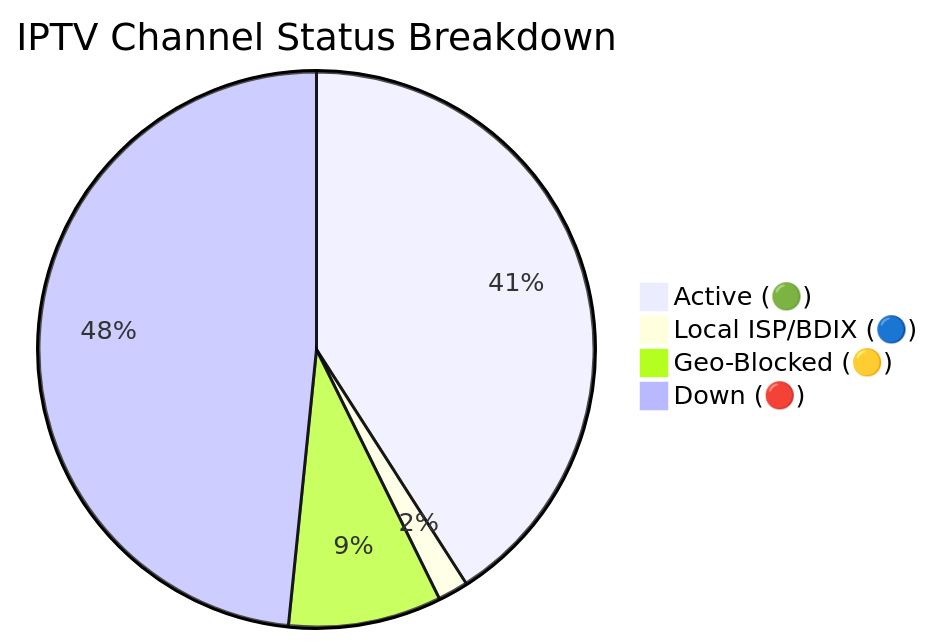
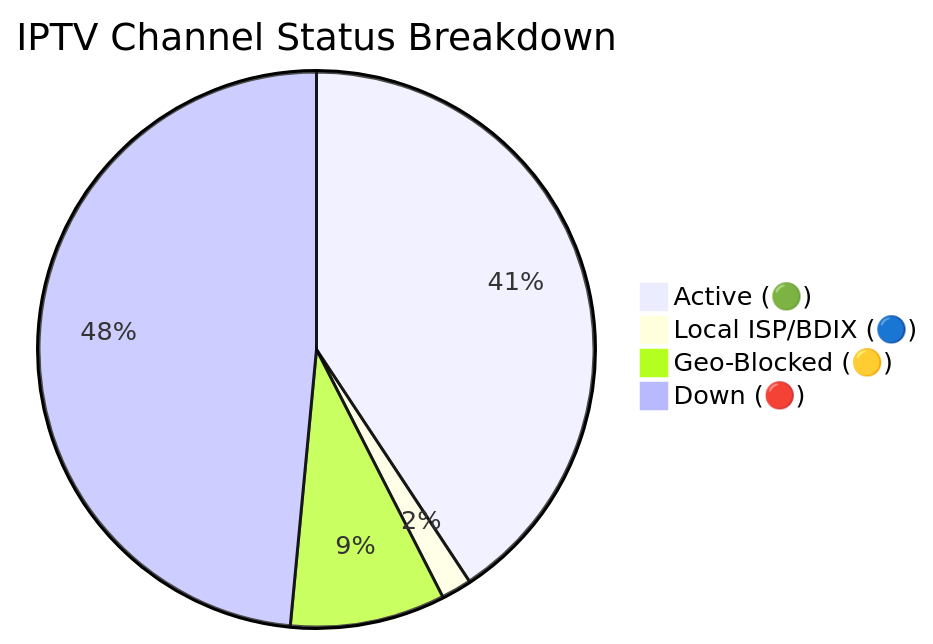
One commit to andreataylord/Ip-tv-Collection changed the diagram in README.md. Above: the diagram before and after it, drawn with Mermaid. The commit also changed other lines of this file and 1 other file, not shown here.

Commit message:
docs(readme): auto-update daily channel status chart

````diff
--- a/README.md
+++ b/README.md
@@ -59,7 +59,7 @@
 ```mermaid
 pie title IPTV Channel Status Breakdown
-    "Active (🟢)" : 2965
+    "Active (🟢)" : 2949
     "Local ISP/BDIX (🔵)" : 128
-    "Geo-Blocked (🟡)" : 645
-    "Down (🔴)" : 3504
+    "Geo-Blocked (🟡)" : 653
+    "Down (🔴)" : 3512
 ```
````
